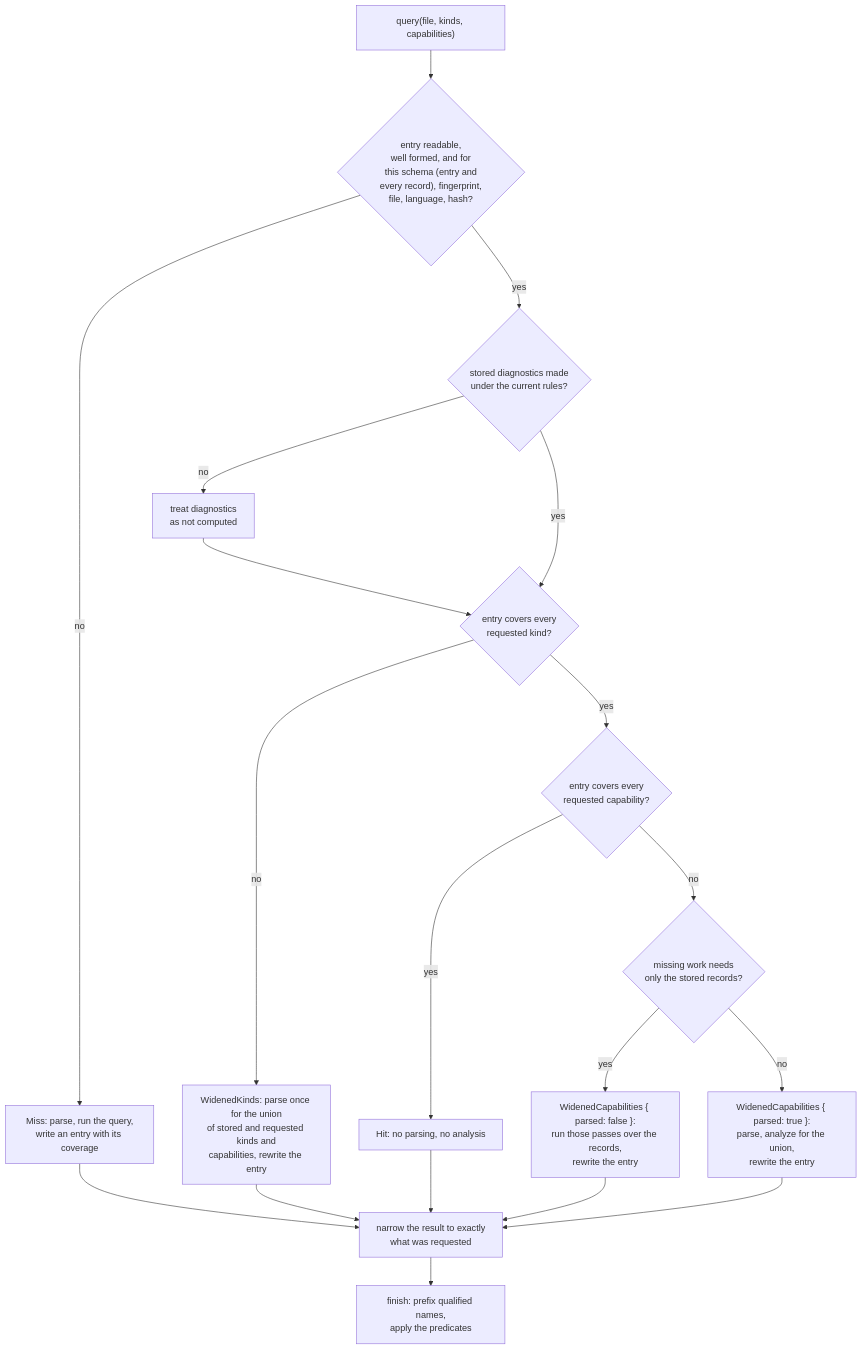
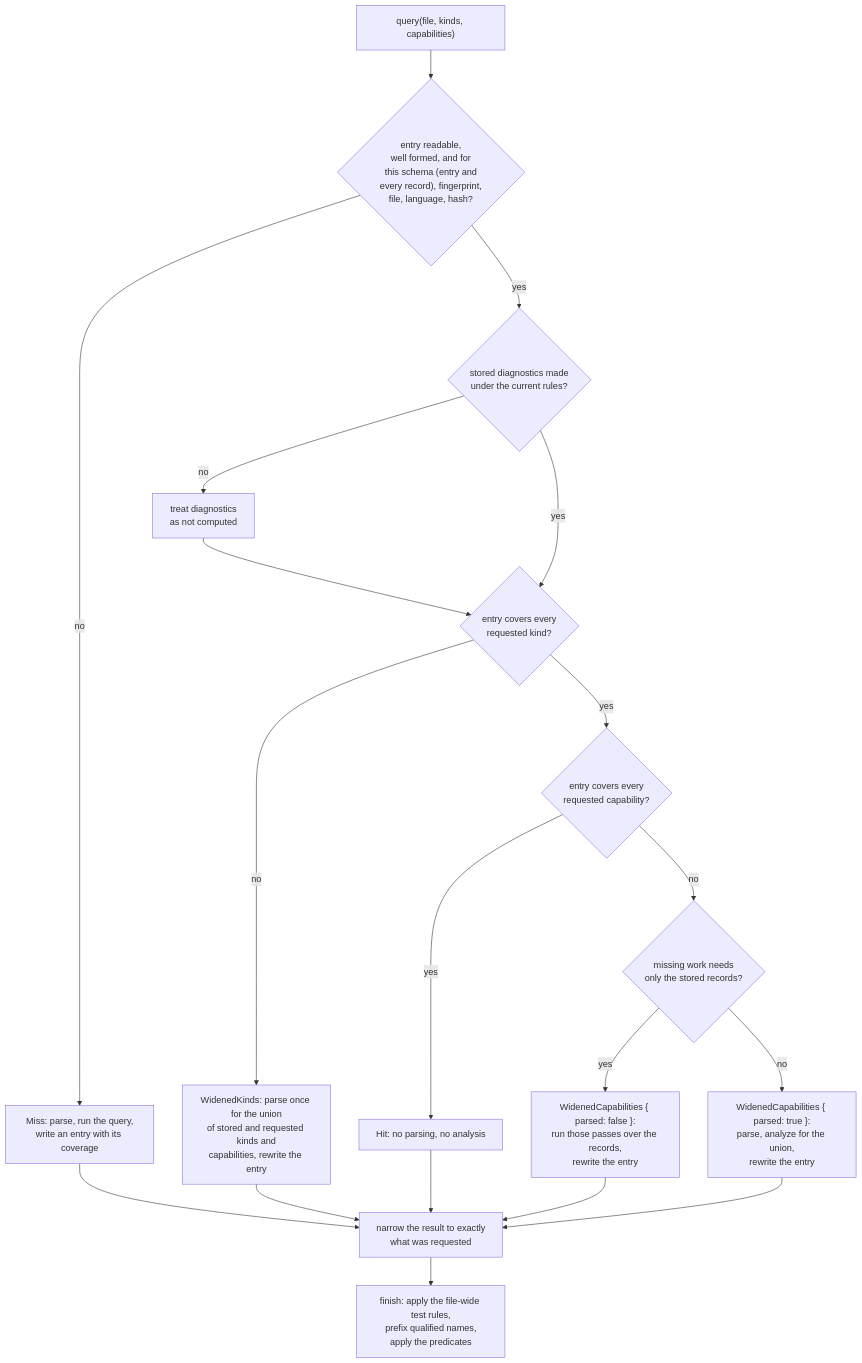
One commit to yankeeinlondon/rusty-biscuit changed the diagram in tree-hugger/docs/cache-design.md. Above: the diagram before and after it, drawn with Mermaid. The commit also changed other lines of this file and 4 other files, not shown here.

First line of the commit message:
docs(tree-hugger): document test-flag cache rules, owners, docstrings

````diff
--- a/tree-hugger/docs/cache-design.md
+++ b/tree-hugger/docs/cache-design.md
@@ -252,16 +252,16 @@
 ```mermaid
 flowchart TD
     Q["query(file, kinds, capabilities)"] --> R{"entry readable,<br/>well formed, and for<br/>this schema (entry and<br/>every record), fingerprint,<br/>file, language, hash?"}
     R -- no --> M["Miss: parse, run the query,<br/>write an entry with its coverage"]
     R -- yes --> D{"stored diagnostics made<br/>under the current rules?"}
     D -- no --> X["treat diagnostics<br/>as not computed"] --> K
     D -- yes --> K{"entry covers every<br/>requested kind?"}
     K -- no --> WK["WidenedKinds: parse once for the union<br/>of stored and requested kinds and<br/>capabilities, rewrite the entry"]
     K -- yes --> C{"entry covers every<br/>requested capability?"}
     C -- yes --> H["Hit: no parsing, no analysis"]
     C -- no --> P{"missing work needs<br/>only the stored records?"}
     P -- yes --> WR["WidenedCapabilities { parsed: false }:<br/>run those passes over the records,<br/>rewrite the entry"]
     P -- no --> WP["WidenedCapabilities { parsed: true }:<br/>parse, analyze for the union,<br/>rewrite the entry"]
     M & WK & H & WR & WP --> N["narrow the result to exactly<br/>what was requested"]
-    N --> F["finish: prefix qualified names,<br/>apply the predicates"]
+    N --> F["finish: apply the file-wide test rules,<br/>prefix qualified names,<br/>apply the predicates"]
 ```
````
